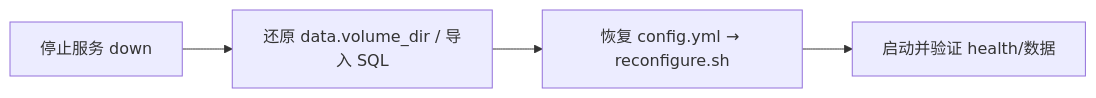
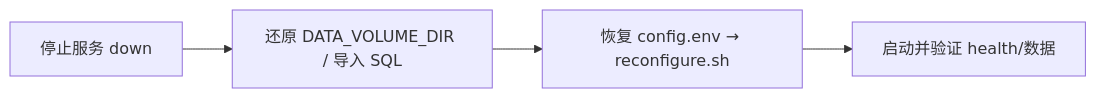
The diagram in docs/operations/recovery.md (yvying-xixi/ops-monitor), drawn with Mermaid before and after one commit. The commit also changed other lines of this file and 10 other files, not shown here.

````diff
--- a/docs/operations/recovery.md
+++ b/docs/operations/recovery.md
@@ -5,6 +5,6 @@
 ```mermaid
 flowchart LR
-    A[停止服务 down] --> B[还原 data.volume_dir / 导入 SQL]
-    B --> C[恢复 config.yml → reconfigure.sh]
+    A[停止服务 down] --> B[还原 DATA_VOLUME_DIR / 导入 SQL]
+    B --> C[恢复 config.env → reconfigure.sh]
     C --> D[启动并验证 health/数据]
 ```
````
